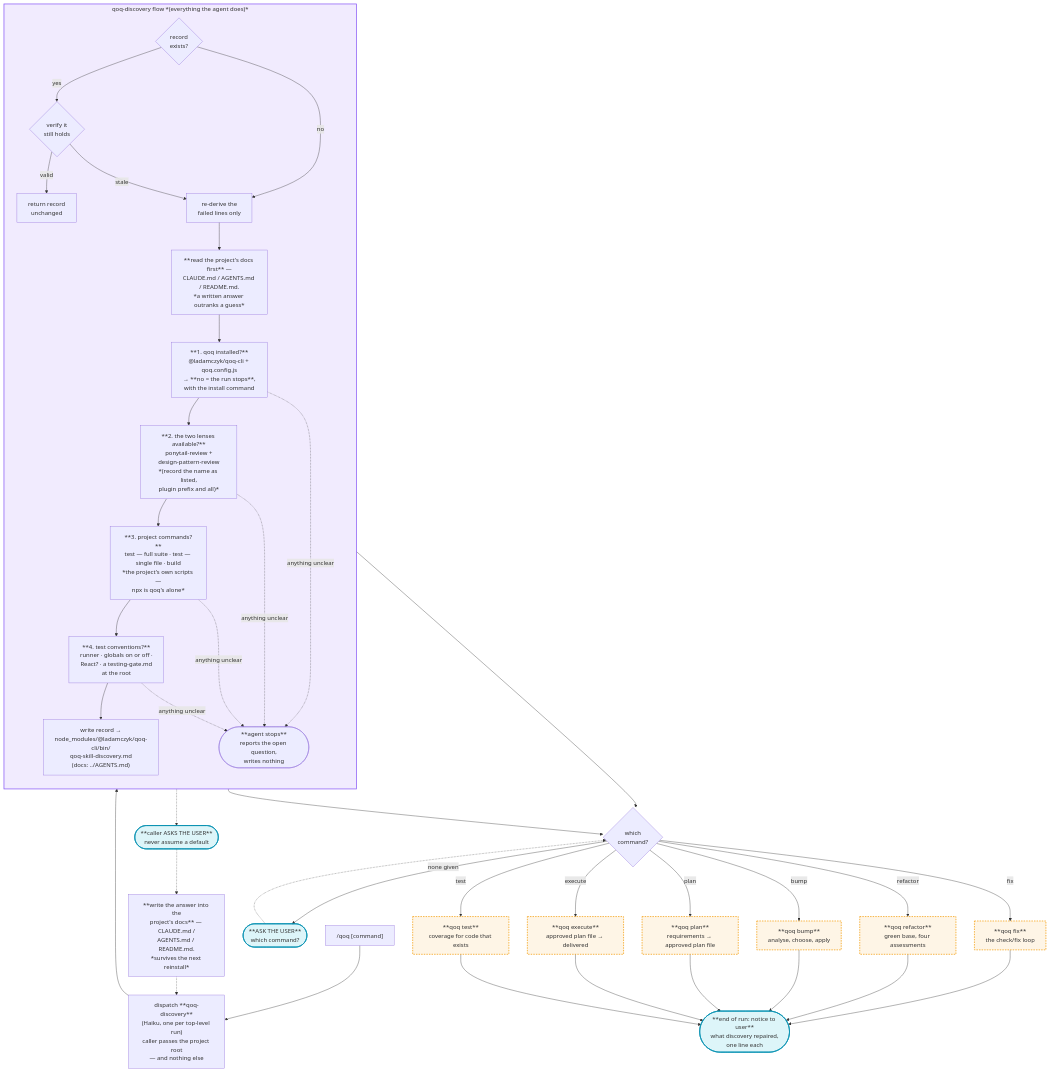
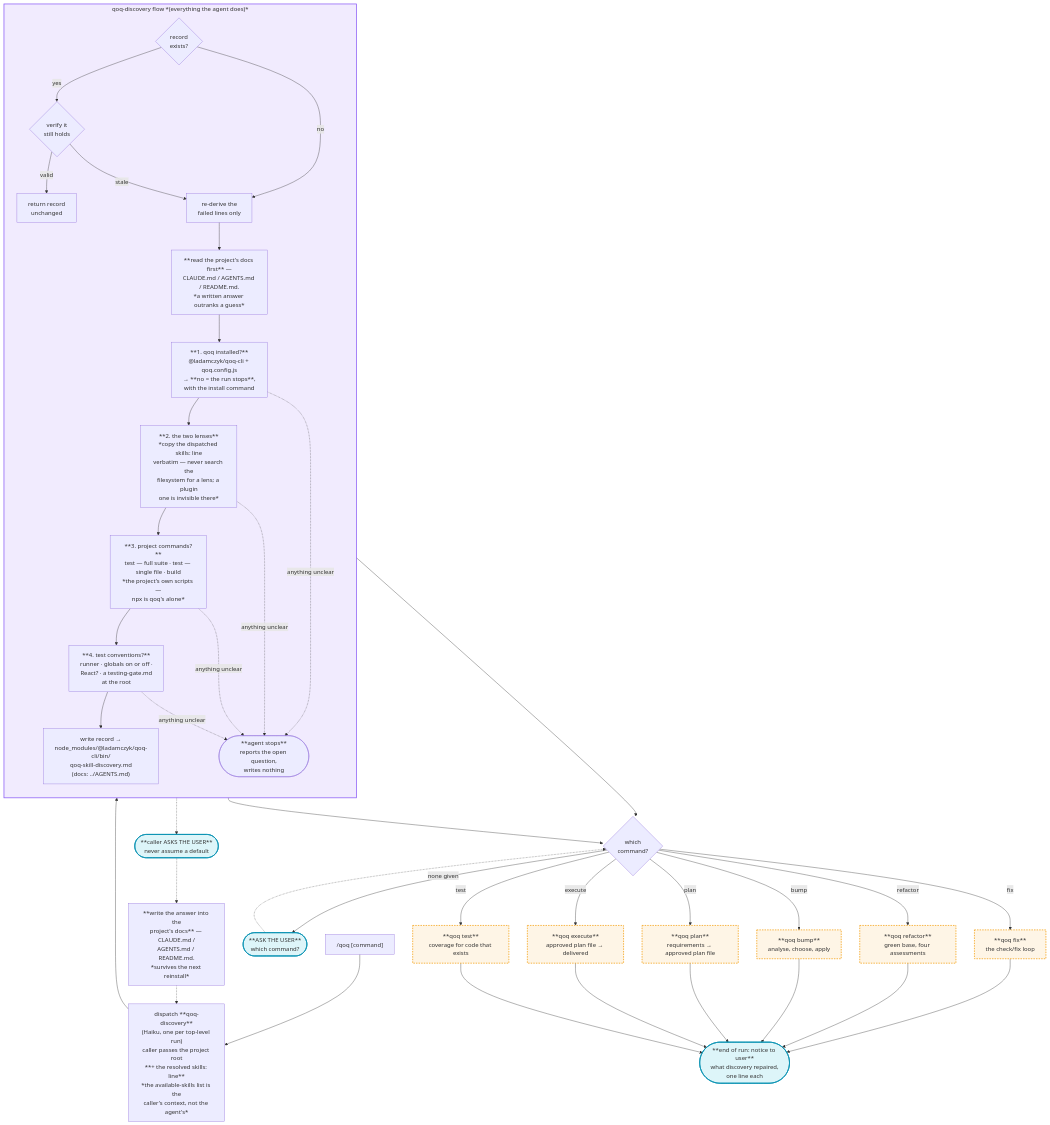
Before and after one commit to ladamczyk-it/qoq: the first of 8 diagrams in docs/qoq-workflows.md, drawn with Mermaid. The commit also changed 4 other files, not shown here.

````diff
--- a/docs/qoq-workflows.md
+++ b/docs/qoq-workflows.md
@@ -40,63 +40,63 @@
 ```mermaid
 flowchart TD
     Q["/qoq [command]"] --> DISP
 
-    DISP["dispatch **qoq-discovery**<br/>(Haiku, one per top-level run)<br/>caller passes the project root<br/>— and nothing else"]
+    DISP["dispatch **qoq-discovery**<br/>(Haiku, one per top-level run)<br/>caller passes the project root<br/>**+ the resolved skills: line**<br/>*the available-skills list is the<br/>caller's context, not the agent's*"]
 
     subgraph DISCO["qoq-discovery flow *(everything the agent does)*"]
         direction TB
         HAS{"record<br/>exists?"}
         HAS -->|yes| VER{"verify it<br/>still holds"}
         VER -->|valid| DONE["return record<br/>unchanged"]
         VER -->|stale| D0["re-derive the<br/>failed lines only"]
         HAS -->|no| D0
 
         D0 --> DOCS["**read the project's docs first** —<br/>CLAUDE.md / AGENTS.md / README.md.<br/>*a written answer outranks a guess*"]
         DOCS --> D1["**1. qoq installed?**<br/>@ladamczyk/qoq-cli + qoq.config.js<br/>→ **no = the run stops**,<br/>with the install command"]
-        D1 --> D2["**2. the two lenses available?**<br/>ponytail-review +<br/>design-pattern-review<br/>*(record the name as listed,<br/>plugin prefix and all)*"]
+        D1 --> D2["**2. the two lenses**<br/>*copy the dispatched skills: line<br/>verbatim — never search the<br/>filesystem for a lens; a plugin<br/>one is invisible there*"]
         D2 --> D3["**3. project commands?**<br/>test — full suite · test — single file · build<br/>*the project's own scripts —<br/>npx is qoq's alone*"]
         D3 --> D4["**4. test conventions?**<br/>runner · globals on or off ·<br/>React? · a testing-gate.md<br/>at the root"]
         D4 --> REC["write record →<br/>node_modules/@ladamczyk/qoq-cli/bin/<br/>qoq-skill-discovery.md<br/>(docs: ../AGENTS.md)"]
 
         BLOCK(["**agent stops**<br/>reports the open question,<br/>writes nothing"])
         D1 -.->|anything unclear| BLOCK
         D2 -.->|anything unclear| BLOCK
         D3 -.->|anything unclear| BLOCK
         D4 -.->|anything unclear| BLOCK
     end
 
     DISP --> HAS
 
     BLOCK -.-> ASK(["**caller ASKS THE USER**<br/>never assume a default"])
     ASK -.-> WRITE["**write the answer into the<br/>project's docs** — CLAUDE.md /<br/>AGENTS.md / README.md.<br/>*survives the next reinstall*"]
     WRITE -.-> DISP
 
     REC --> OPT
     DONE --> OPT
 
     OPT{"which<br/>command?"}
     OPT -->|"none given"| OASK(["**ASK THE USER**<br/>which command?"])
     OASK -.-> OPT
     OPT -->|fix| RFIX["**qoq fix**<br/>the check/fix loop"]
     OPT -->|refactor| RREF["**qoq refactor**<br/>green base, four assessments"]
     OPT -->|bump| RBUMP["**qoq bump**<br/>analyse, choose, apply"]
     OPT -->|plan| RPLAN["**qoq plan**<br/>requirements → approved plan file"]
     OPT -->|execute| REXEC["**qoq execute**<br/>approved plan file → delivered"]
     OPT -->|test| RTEST["**qoq test**<br/>coverage for code that exists"]
 
     RFIX --> NOTE
     RREF --> NOTE
     RBUMP --> NOTE
     RPLAN --> NOTE
     REXEC --> NOTE
     RTEST --> NOTE
     NOTE(["**end of run: notice to user**<br/>what discovery repaired,<br/>one line each"])
 
     classDef agent fill:#8b5cf61f,stroke:#8b5cf6,stroke-width:2px
     classDef command fill:#f59e0b1a,stroke:#f59e0b,stroke-width:2px,stroke-dasharray:4 3
     classDef user fill:#06b6d422,stroke:#0891b2,stroke-width:2px
 
     class DISCO agent
     class RFIX,RREF,RBUMP,RPLAN,REXEC,RTEST command
     class ASK,OASK,NOTE user
 ```
````
